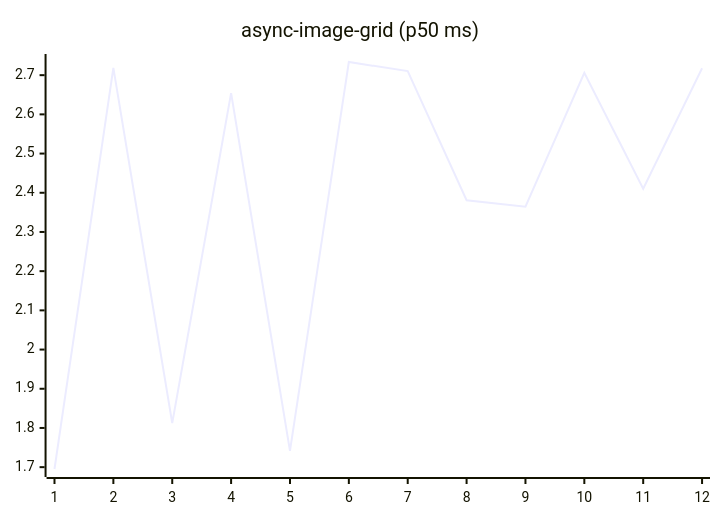
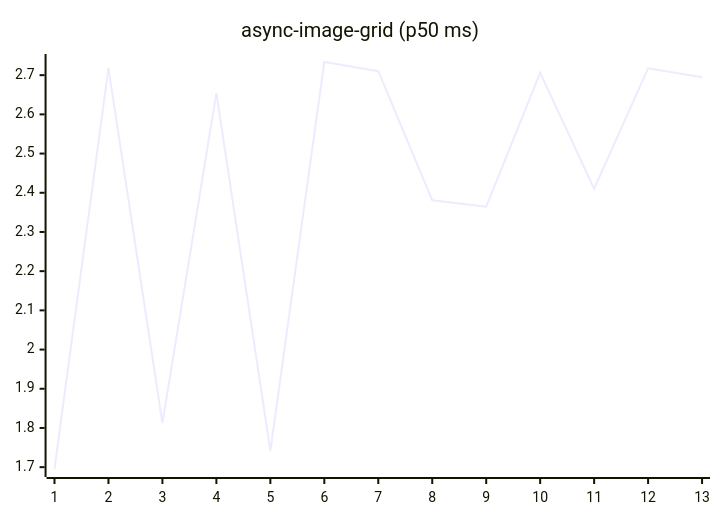
The fifth of 27 diagrams in README.md (josha/Facet), drawn with Mermaid before and after one commit. The commit also changed other lines of this file and 2 other files, not shown here.

````diff
--- a/README.md
+++ b/README.md
@@ -91,6 +91,6 @@
 ```mermaid
 xychart-beta
     title "async-image-grid (p50 ms)"
-    x-axis 1 --> 12
-    line [1.6953, 2.7184, 1.8124, 2.6543, 1.7415, 2.7336, 2.7103, 2.3810, 2.3646, 2.7059, 2.4103, 2.7175]
+    x-axis 1 --> 13
+    line [1.6953, 2.7184, 1.8124, 2.6543, 1.7415, 2.7336, 2.7103, 2.3810, 2.3646, 2.7059, 2.4103, 2.7175, 2.6949]
 ```
````
